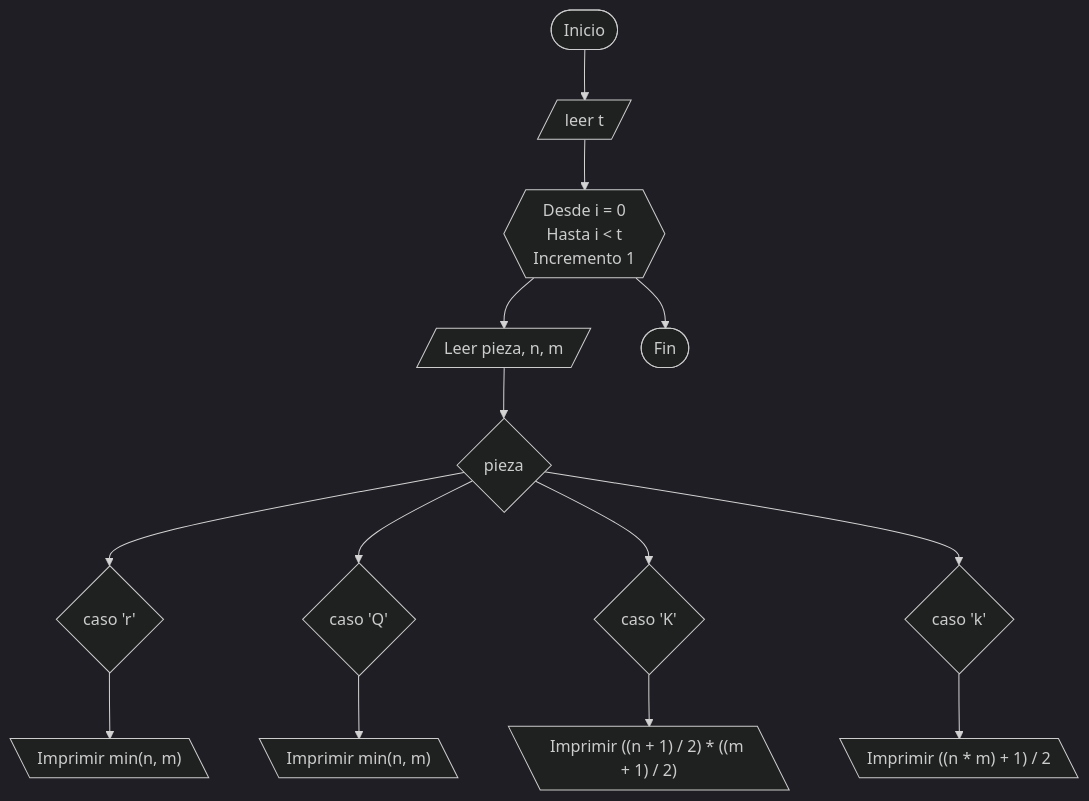
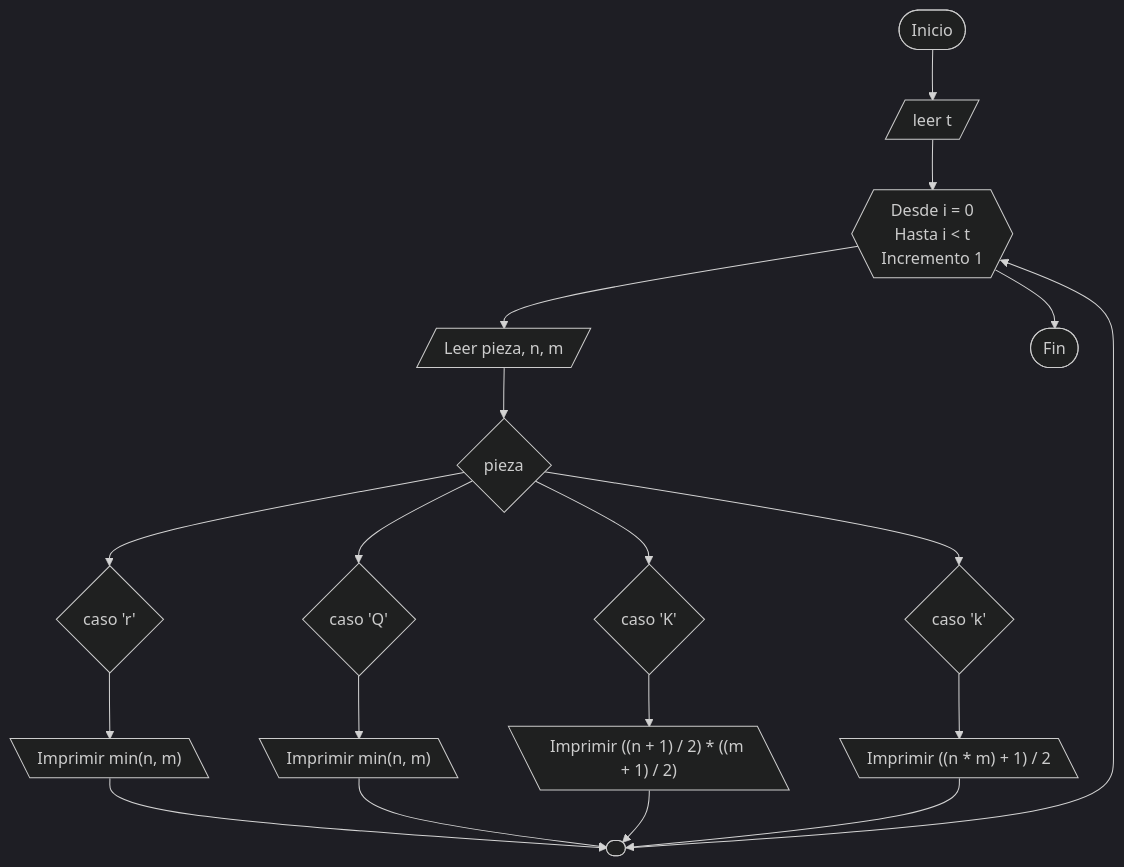
The diagram in 2026/Campamento_Primavera_2026/Concurso_de_cierre/g_ajedrez_primaveral.md (KaarLarax/CPC_UAEH_Documentation), drawn with Mermaid (dark theme) before and after one commit.

````diff
--- a/2026/Campamento_Primavera_2026/Concurso_de_cierre/g_ajedrez_primaveral.md
+++ b/2026/Campamento_Primavera_2026/Concurso_de_cierre/g_ajedrez_primaveral.md
@@ -122,18 +122,23 @@
 ```mermaid
 graph TD;
 A([Inicio]) --> B[/leer t/]
 B --> C{{Desde i = 0
 Hasta i < t
 Incremento 1}}
 C --> D[/Leer pieza, n, m/]
 D --> E{pieza}
 E --> F{caso 'r'}
 F --> G[\"Imprimir min(n, m)"\]
 E --> H{caso 'Q'}
 H --> I[\"Imprimir min(n, m)"\]
 E --> J{caso 'K'}
 J --> K[\"Imprimir ((n + 1) / 2) * ((m + 1) / 2)"\]
 E --> L{caso 'k'}
 L --> M[\"Imprimir ((n * m) + 1) / 2"\]
+N([" "]) --> C
+G --> N
+I--> N
+K --> N
+M --> N
 C --> Z([Fin])
 ```
````
